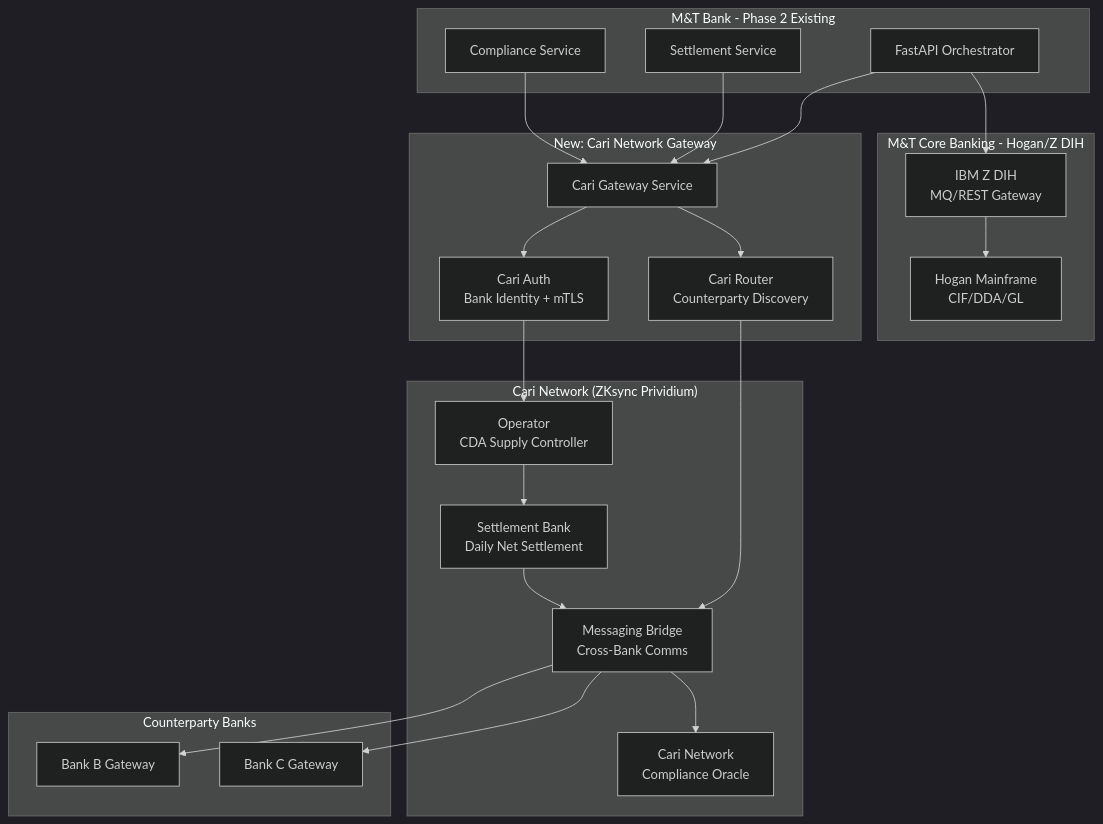
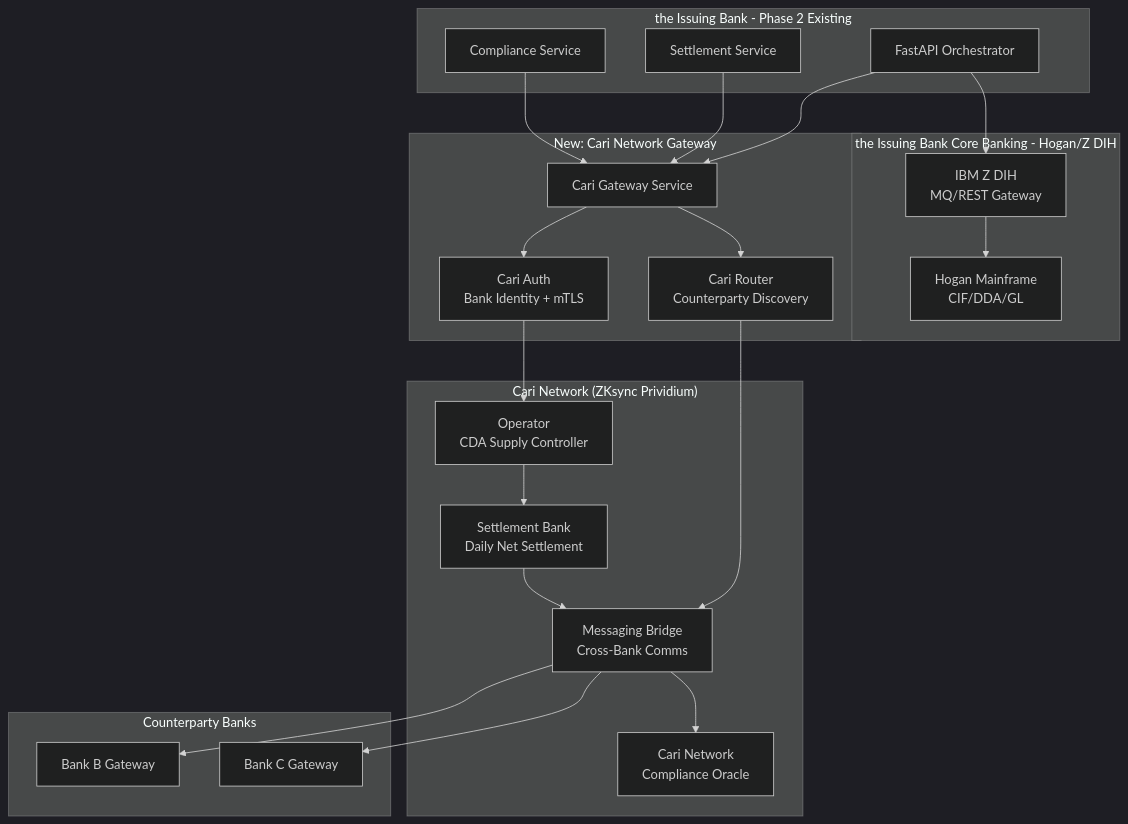
One commit to jnodes/tokenized-deposits changed the fourth of 4 diagrams in arb_package/architecture_transitional.md. Above: the diagram before and after it, drawn with Mermaid (dark theme). The commit also changed other lines of this file and 160 other files, not shown here.

````diff
--- a/arb_package/architecture_transitional.md
+++ b/arb_package/architecture_transitional.md
@@ -202,50 +202,50 @@
 ```mermaid
 graph TB
-    subgraph "M&T Bank - Phase 2 Existing"
+    subgraph "the Issuing Bank - Phase 2 Existing"
         API[FastAPI Orchestrator]
         SETTLE[Settlement Service]
         COMPLY[Compliance Service]
     end
 
-    subgraph "M&T Core Banking - Hogan/Z DIH"
+    subgraph "the Issuing Bank Core Banking - Hogan/Z DIH"
         ZDIH["IBM Z DIH<br/>MQ/REST Gateway"]
         HOGAN["Hogan Mainframe<br/>CIF/DDA/GL"]
     end
 
     subgraph "New: Cari Network Gateway"
         CARI_GW[Cari Gateway Service]
         CARI_AUTH[Cari Auth<br/>Bank Identity + mTLS]
         CARI_ROUTE[Cari Router<br/>Counterparty Discovery]
     end
 
     subgraph "Cari Network (ZKsync Prividium)"
         OPERATOR[Operator<br/>CDA Supply Controller]
         SBANK[Settlement Bank<br/>Daily Net Settlement]
         BRIDGE[Messaging Bridge<br/>Cross-Bank Comms]
         CARI_ORACLE[Cari Network<br/>Compliance Oracle]
     end
 
     subgraph "Counterparty Banks"
         BANK_B[Bank B Gateway]
         BANK_C[Bank C Gateway]
     end
 
     API --> CARI_GW
     SETTLE --> CARI_GW
     COMPLY --> CARI_GW
 
     API --> ZDIH
     ZDIH --> HOGAN
 
     CARI_GW --> CARI_AUTH
     CARI_GW --> CARI_ROUTE
     CARI_AUTH --> OPERATOR
     CARI_ROUTE --> BRIDGE
     OPERATOR --> SBANK
     SBANK --> BRIDGE
 
     BRIDGE --> CARI_ORACLE
 
     BRIDGE --> BANK_B
     BRIDGE --> BANK_C
 ```
````
